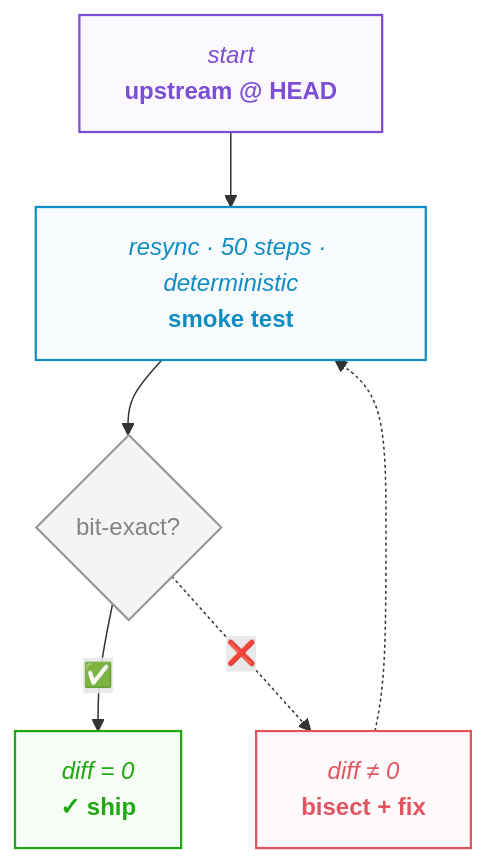
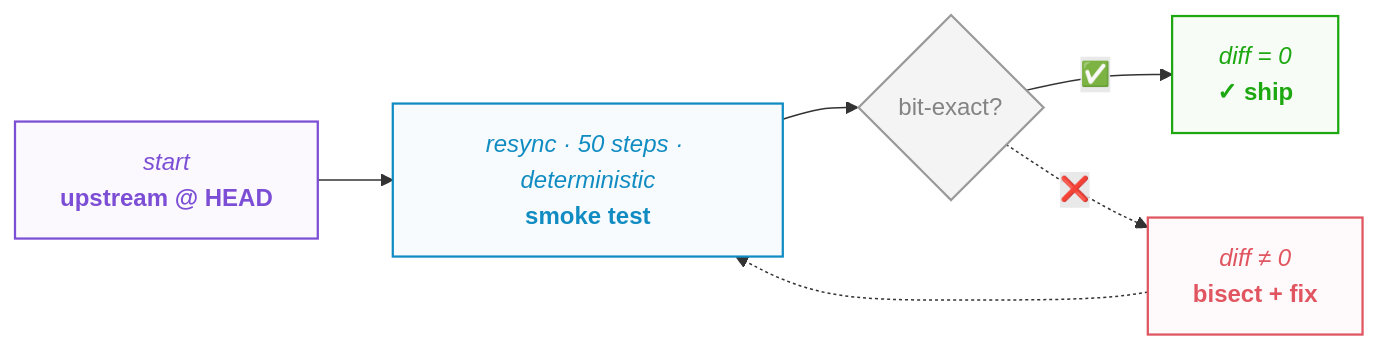
The second of 7 diagrams in web/src/pages/talks/2026/07/14/index.mdx (saforem2/sam.onl), drawn with Mermaid before and after one commit. The commit also changed other lines of this file, not shown here.

Commit message:
style(talks): landscape fork-tax flowchart + larger node text

````diff
--- a/web/src/pages/talks/2026/07/14/index.mdx
+++ b/web/src/pages/talks/2026/07/14/index.mdx
@@ -720,19 +720,19 @@
 ```mermaid
-flowchart TB
+flowchart LR
     A["<i>start</i><br/><span style='font-weight:700'>upstream @ HEAD</span>"] --> B["<i>resync · 50 steps · deterministic</i><br/><span style='font-weight:700'>smoke test</span>"]
     B --> D{"bit-exact?"}
     D -->|✅| C["<i>diff = 0</i><br/><span style='font-weight:700'>✓ ship</span>"]
     D -.->|❌️| F["<i>diff &ne; 0</i><br/><span style='font-weight:700'>bisect + fix</span>"]
     F -.-> B
 
     classDef source fill:#7c4ed508,stroke:#7c4ed5,color:#7c4ed5,stroke-width:1.5px
     classDef stage  fill:#118cc208,stroke:#118cc2,color:#118cc2,stroke-width:1.5px
     classDef ship   fill:#1da81108,stroke:#1da811,color:#1da811,stroke-width:1.5px
     classDef gate   fill:#8a8a8a18,stroke:#9a9a9a,color:#838383,stroke-width:1.5px
     classDef bad    fill:#e0556008,stroke:#e05560,color:#e05560,stroke-width:1.5px
     class A source
     class B stage
     class D gate
     class C ship
     class F bad
 ```
````
